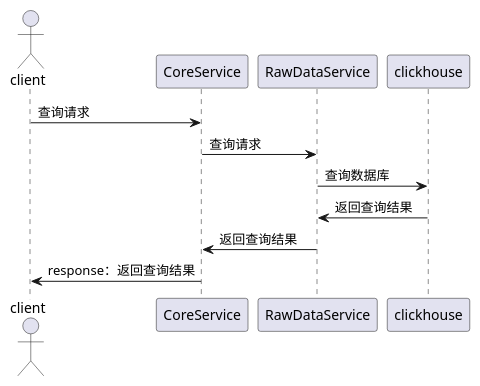
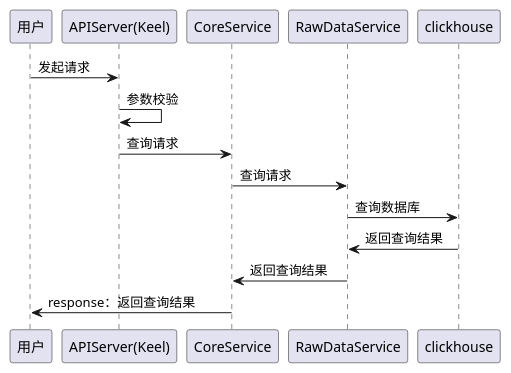
The first of 2 diagrams in docs/api/appendix/plantuml/data_query.md (tkeel-io/docs), drawn with PlantUML before and after one commit. The commit also changed other lines of this file and 2 other files, not shown here.

Commit message:
fix: update data use

````diff
--- a/docs/api/appendix/plantuml/data_query.md
+++ b/docs/api/appendix/plantuml/data_query.md
@@ -2,15 +2,18 @@
 ```plantuml
 @startuml
-actor client
+participant "用户" as user
+participant "APIServer(Keel)"  as keel
 participant CoreService
 participant RawDataService
 participant  clickhouse
 
-client->CoreService: 查询请求
+user->keel: 发起请求
+keel->keel: 参数校验
+keel->CoreService: 查询请求
 CoreService->RawDataService: 查询请求
 RawDataService->clickhouse: 查询数据库
 clickhouse->RawDataService: 返回查询结果
 CoreService<-RawDataService: 返回查询结果
-CoreService->client:response：返回查询结果
+CoreService->user:response：返回查询结果
 @enduml
 ```
````
